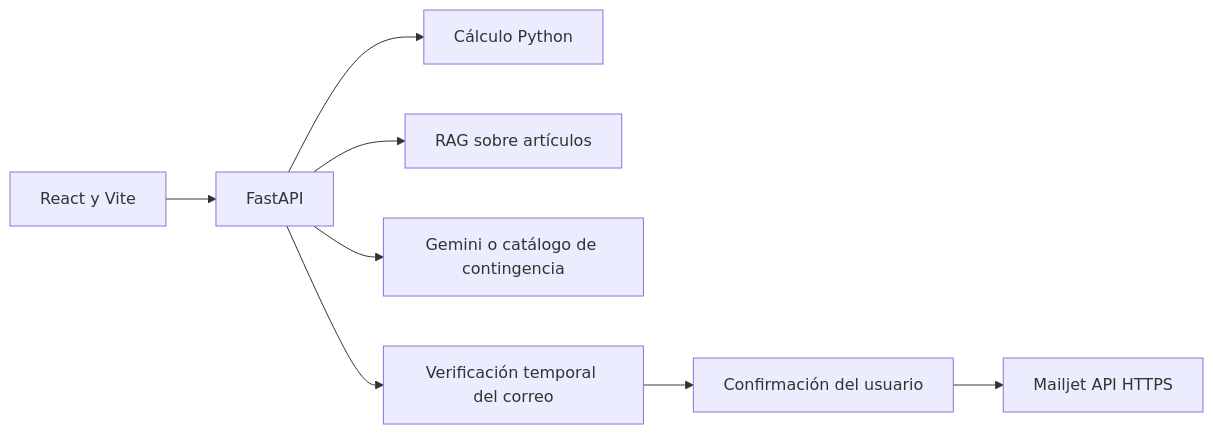
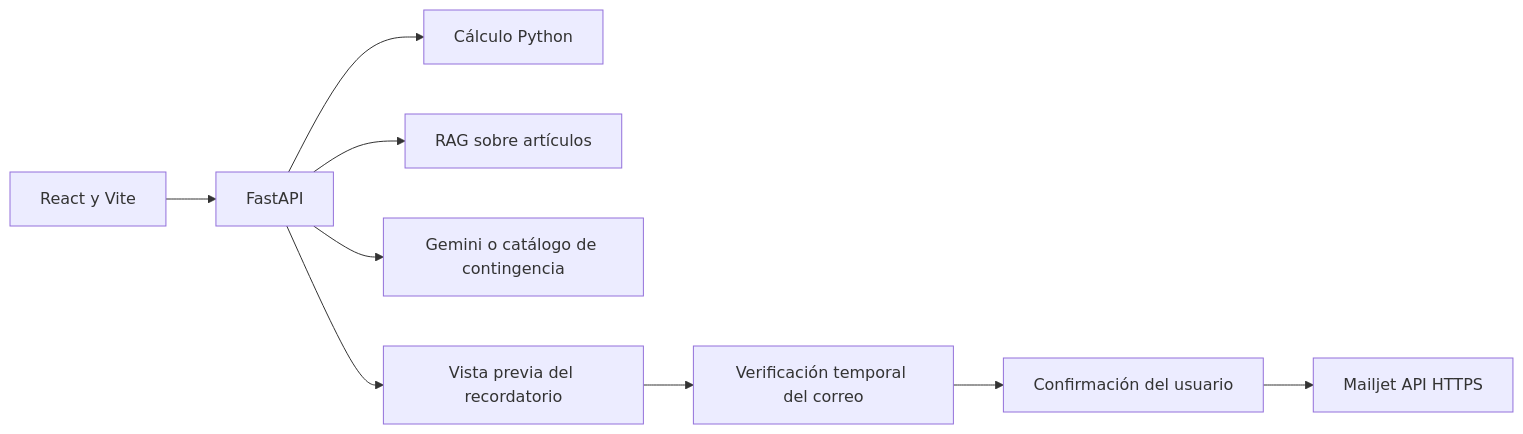
One commit to CristhianPinos/CalendarioTributarioRIMPE changed the diagram in README.md. Above: the diagram before and after it, drawn with Mermaid. The commit also changed other lines of this file and 11 other files, not shown here.

Commit message:
feat: revisar explicacion antes del recordatorio verificado

````diff
--- a/README.md
+++ b/README.md
@@ -13,10 +13,11 @@
 ```mermaid
 flowchart LR
   UI[React y Vite] --> API[FastAPI]
   API --> CALC[Cálculo Python]
   API --> RAG[RAG sobre artículos]
   API --> GEM[Gemini o catálogo de contingencia]
-  API --> OTP[Verificación temporal del correo]
+  API --> PRE[Vista previa del recordatorio]
+  PRE --> OTP[Verificación temporal del correo]
   OTP --> HITL[Confirmación del usuario]
   HITL --> Mailjet[Mailjet API HTTPS]
 ```
````
